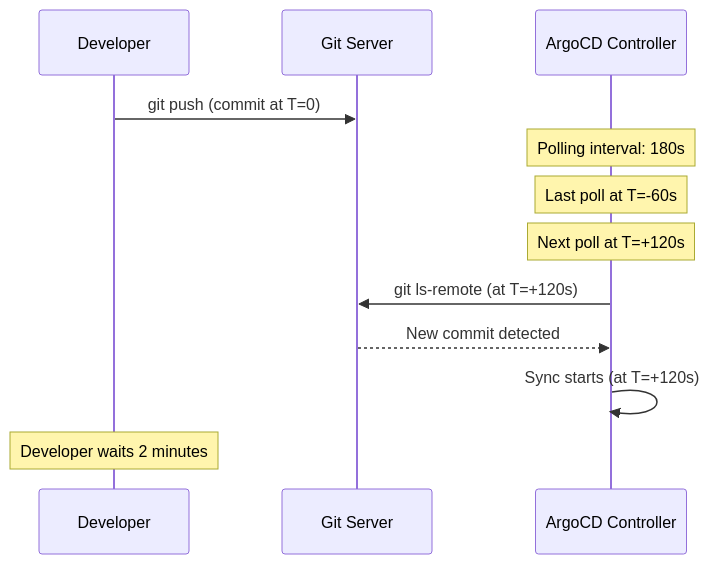
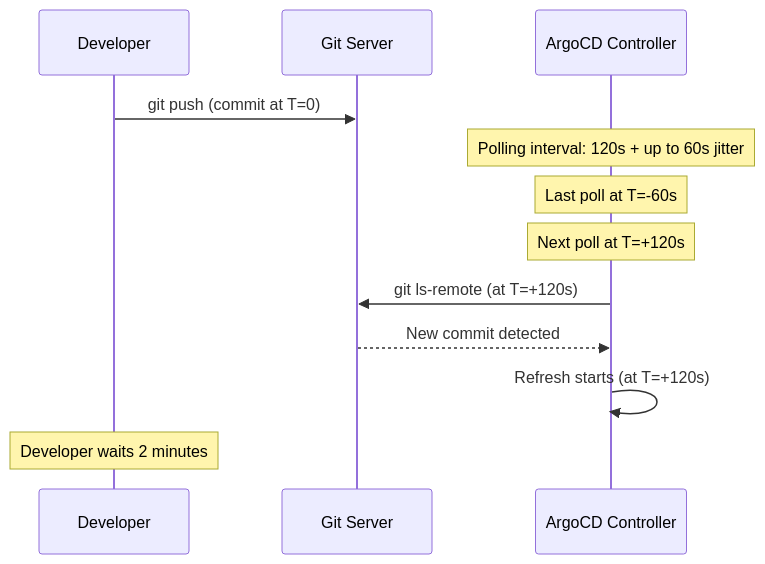
The first of 2 diagrams in posts/2026-02-26-argocd-sync-on-push-not-polling/README.md (OneUptime/blog), drawn with Mermaid before and after one commit. The commit also changed other lines of this file and 2 other files, not shown here.

Commit message:
validate: 2026-02-26-argocd-sync-on-push-not-polling

````diff
--- a/posts/2026-02-26-argocd-sync-on-push-not-polling/README.md
+++ b/posts/2026-02-26-argocd-sync-on-push-not-polling/README.md
@@ -17,15 +17,15 @@
 ```mermaid
 sequenceDiagram
     participant Dev as Developer
     participant Git as Git Server
     participant ArgoCD as ArgoCD Controller
 
     Dev->>Git: git push (commit at T=0)
-    Note over ArgoCD: Polling interval: 180s
+    Note over ArgoCD: Polling interval: 120s + up to 60s jitter
     Note over ArgoCD: Last poll at T=-60s
     Note over ArgoCD: Next poll at T=+120s
     ArgoCD->>Git: git ls-remote (at T=+120s)
     Git-->>ArgoCD: New commit detected
-    ArgoCD->>ArgoCD: Sync starts (at T=+120s)
+    ArgoCD->>ArgoCD: Refresh starts (at T=+120s)
     Note over Dev: Developer waits 2 minutes
 ```
````
